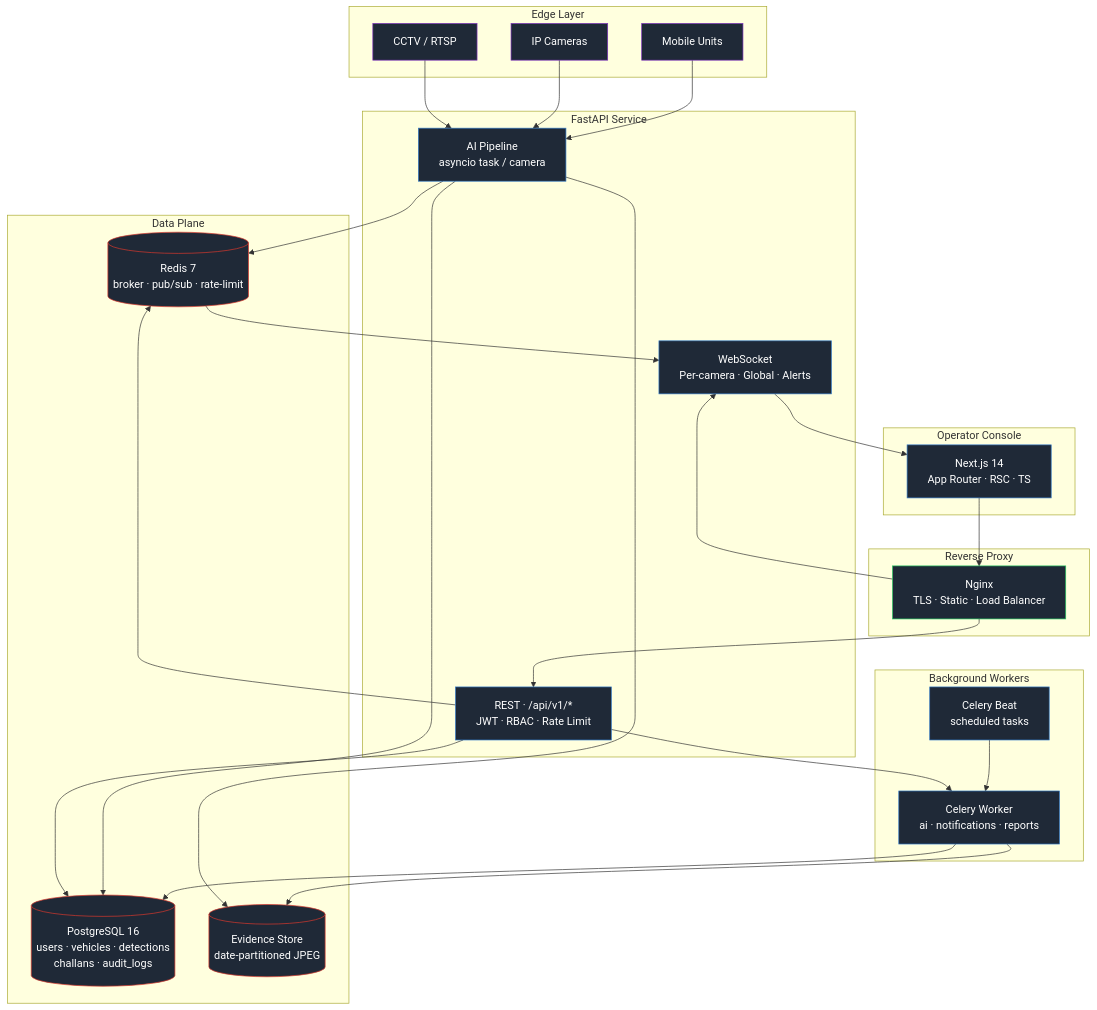
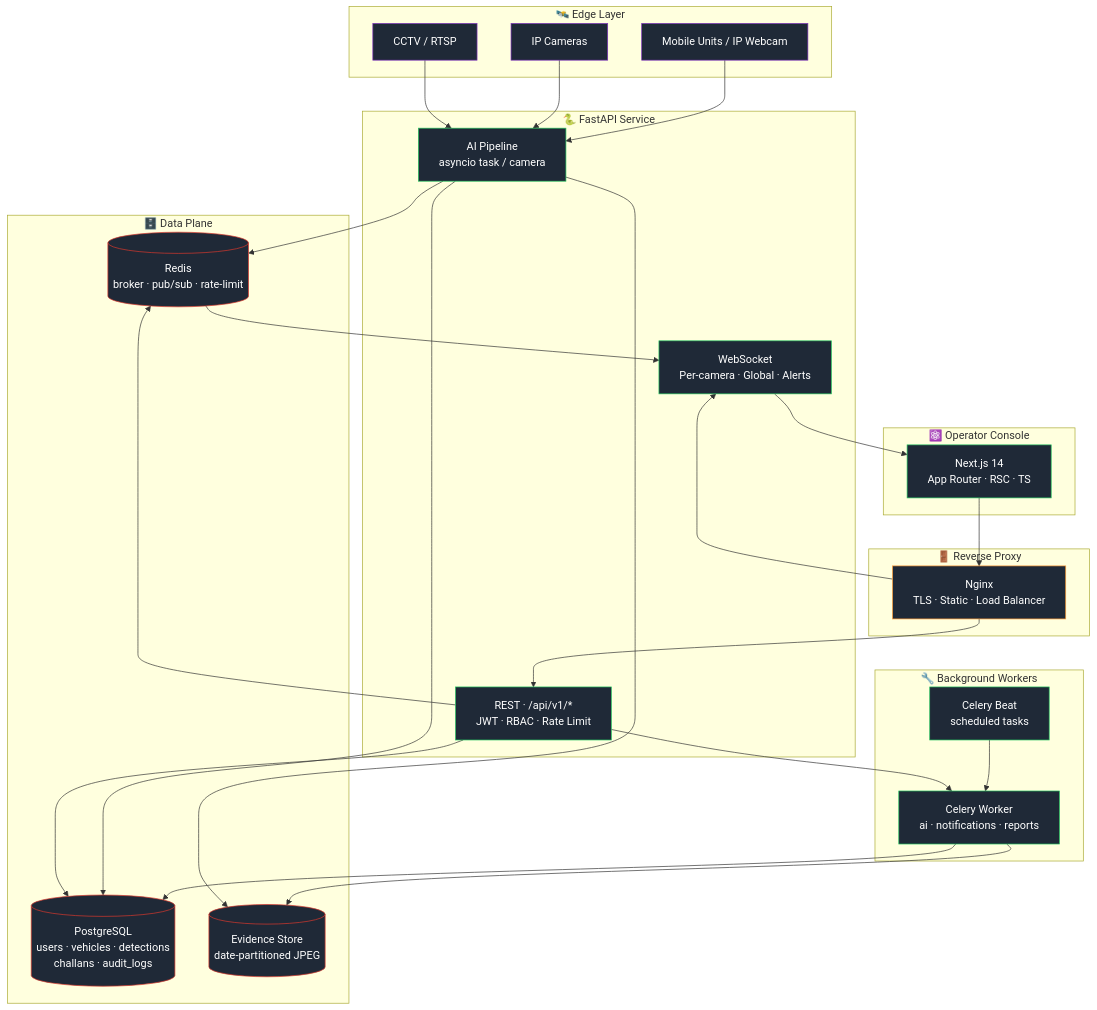
The fifth of 22 diagrams in README.md (trivediyash154-source/ASEP-2), drawn with Mermaid before and after one commit. The commit also changed other lines of this file and 16 other files, not shown here.

````diff
--- a/README.md
+++ b/README.md
@@ -137,58 +303,53 @@
 ```mermaid
 graph TB
-    subgraph Edge["Edge Layer"]
+    subgraph Edge["🛰️ Edge Layer"]
         CAM1[CCTV / RTSP]
         CAM2[IP Cameras]
-        CAM3[Mobile Units]
+        CAM3[Mobile Units / IP Webcam]
     end
-
-    subgraph Proxy["Reverse Proxy"]
+    subgraph Proxy["🚪 Reverse Proxy"]
         NGINX[Nginx<br/>TLS · Static · Load Balancer]
     end
-
-    subgraph Frontend["Operator Console"]
+    subgraph Frontend["⚛️ Operator Console"]
         NEXT[Next.js 14<br/>App Router · RSC · TS]
     end
-
-    subgraph Backend["FastAPI Service"]
+    subgraph Backend["🐍 FastAPI Service"]
         API[REST · /api/v1/*<br/>JWT · RBAC · Rate Limit]
         WS[WebSocket<br/>Per-camera · Global · Alerts]
         AI[AI Pipeline<br/>asyncio task / camera]
     end
-
-    subgraph Workers["Background Workers"]
+    subgraph Workers["🔧 Background Workers"]
         CW[Celery Worker<br/>ai · notifications · reports]
         CB[Celery Beat<br/>scheduled tasks]
     end
-
-    subgraph Data["Data Plane"]
-        PG[(PostgreSQL 16<br/>users · vehicles · detections<br/>challans · audit_logs)]
-        RD[(Redis 7<br/>broker · pub/sub · rate-limit)]
+    subgraph Data["🗄️ Data Plane"]
+        PG[(PostgreSQL<br/>users · vehicles · detections<br/>challans · audit_logs)]
+        RD[(Redis<br/>broker · pub/sub · rate-limit)]
         FS[(Evidence Store<br/>date-partitioned JPEG)]
     end
 
     CAM1 & CAM2 & CAM3 --> AI
     NEXT --> NGINX
     NGINX --> API
     NGINX --> WS
     API --> PG
     AI --> PG
     AI --> FS
     AI --> RD
     RD --> WS
     API --> RD
     API --> CW
     CW --> PG
     CW --> FS
     CB --> CW
     WS --> NEXT
 
     classDef edge fill:#1f2937,stroke:#7B2FBE,color:#fff
-    classDef proxy fill:#1f2937,stroke:#22C55E,color:#fff
-    classDef app fill:#1f2937,stroke:#3178C6,color:#fff
+    classDef proxy fill:#1f2937,stroke:#FF9933,color:#fff
+    classDef app fill:#1f2937,stroke:#22C55E,color:#fff
     classDef data fill:#1f2937,stroke:#DC382D,color:#fff
     class CAM1,CAM2,CAM3 edge
     class NGINX proxy
     class API,WS,AI,NEXT,CW,CB app
     class PG,RD,FS data
 ```
````
